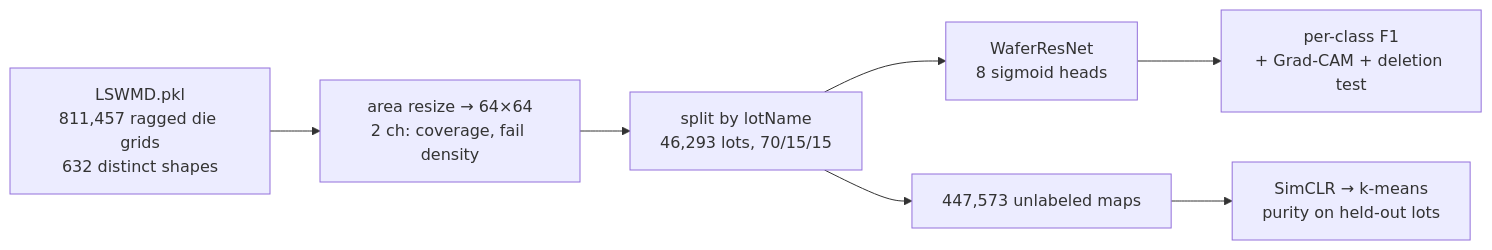
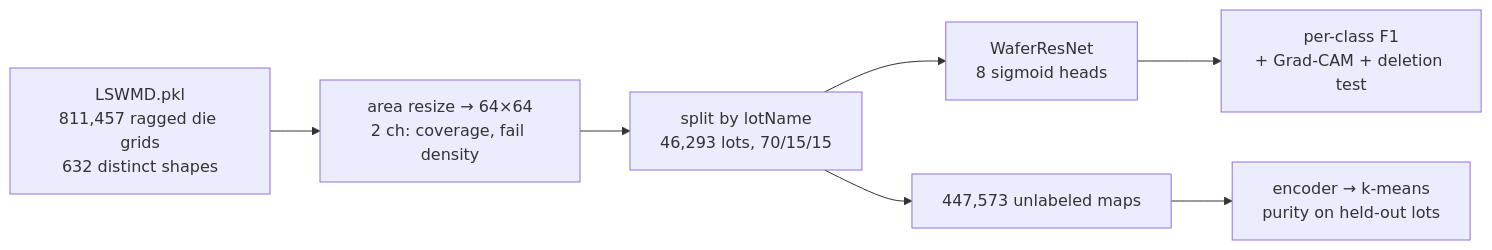
Before and after one commit to gggg8657/wafer-defect-atlas: the diagram in README.md, drawn with Mermaid. The commit also changed other lines of this file and 12 other files, not shown here.

First line of the commit message:
Diagnose the SimCLR failure with an augmentation ablation

````diff
--- a/README.md
+++ b/README.md
@@ -18,9 +18,9 @@
 ```mermaid
 flowchart LR
   R["LSWMD.pkl<br/>811,457 ragged die grids<br/>632 distinct shapes"] --> N["area resize → 64×64<br/>2 ch: coverage, fail density"]
   N --> S["split by lotName<br/>46,293 lots, 70/15/15"]
   S --> C["WaferResNet<br/>8 sigmoid heads"]
   S --> U["447,573 unlabeled maps"]
   C --> F["per-class F1<br/>+ Grad-CAM + deletion test"]
-  U --> K["SimCLR → k-means<br/>purity on held-out lots"]
+  U --> K["encoder → k-means<br/>purity on held-out lots"]
 ```
````
